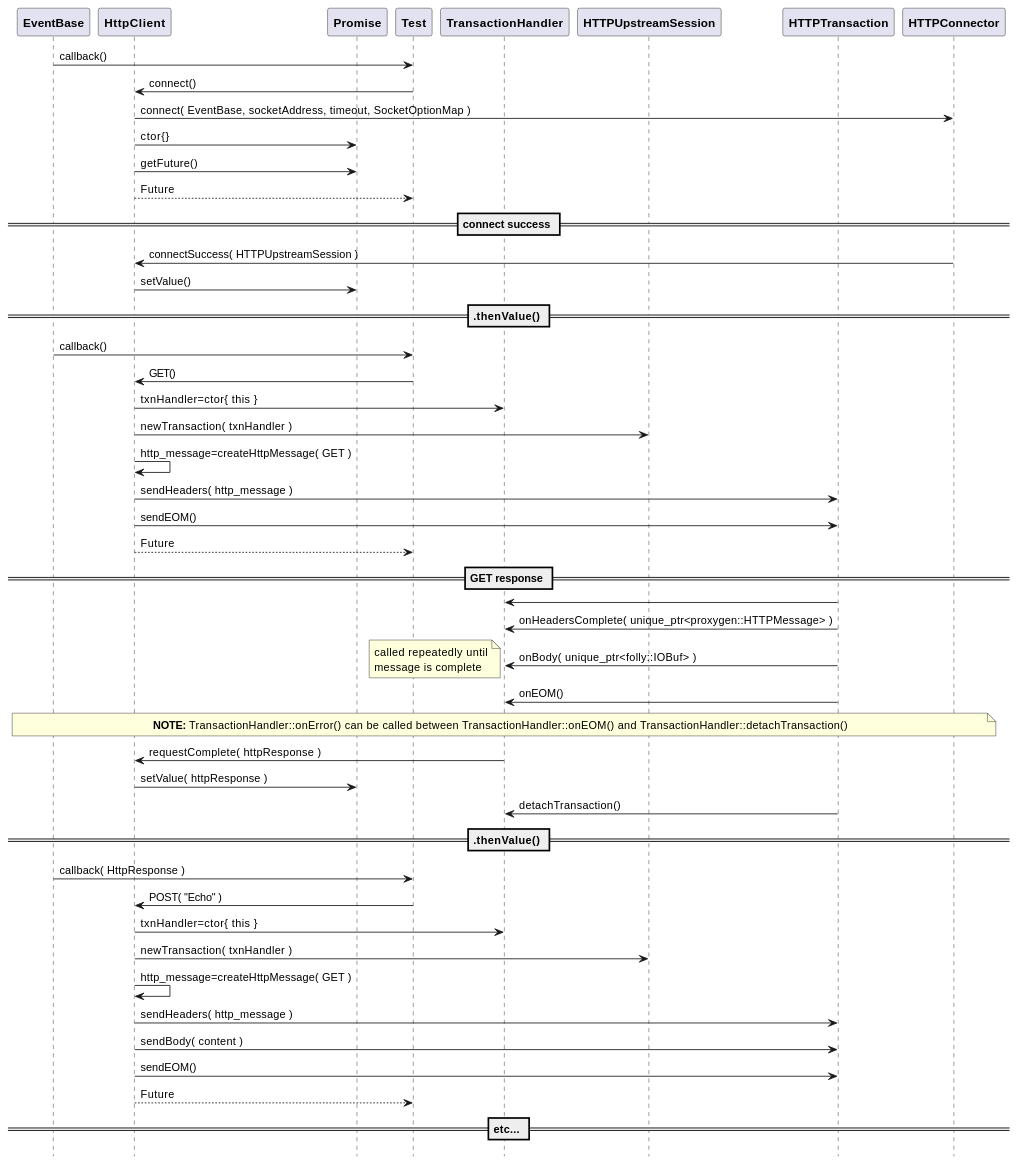
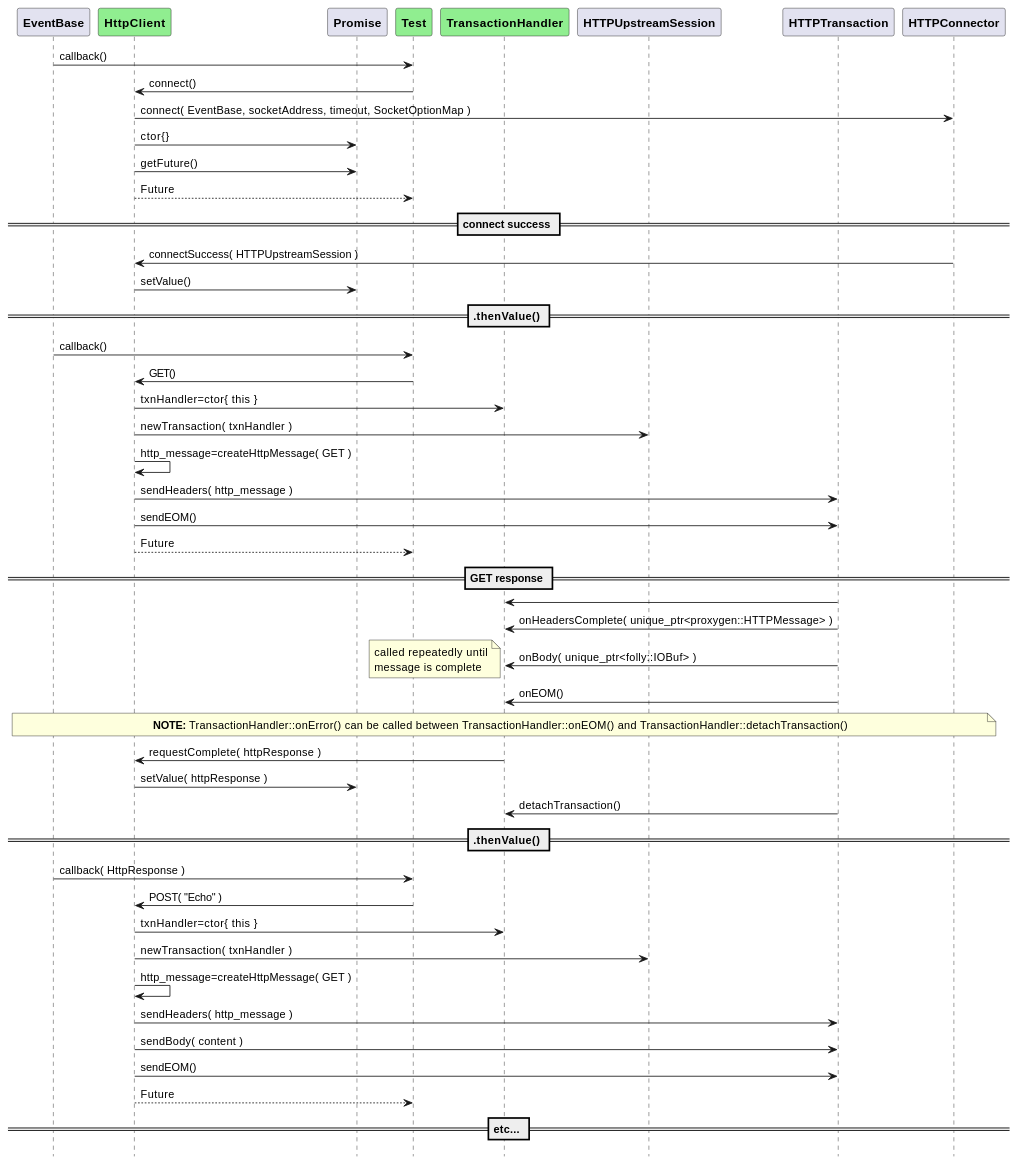
One commit to patrickhallinan/hello-proxygen changed the second of 2 diagrams in doc/test.adoc. Above: the diagram before and after it, drawn with PlantUML. The commit also changed other lines of this file and 8 other files, not shown here.

```diff
--- a/doc/test.adoc
+++ b/doc/test.adoc
@@ -64,77 +64,77 @@
 [plantuml, "test-seq.puml", svg]
 ----
 hide footbox
 
 participant "**EventBase**" as EventBase
-participant "**HttpClient**" as HttpClient
+participant "**HttpClient**" as HttpClient  #LightGreen
 participant "**Promise**" as Promise
-participant "**Test**" as test
-participant "**TransactionHandler**" as TransactionHandler
+participant "**Test**" as test  #LightGreen
+participant "**TransactionHandler**" as TransactionHandler  #LightGreen
 participant "**HTTPUpstreamSession**" as HTTPUpstreamSession
 participant "**HTTPTransaction**" as HTTPTransaction
 participant "**HTTPConnector**" as HTTPConnector
 
 
 EventBase -> test : callback()
 test -> HttpClient : connect()
 
 HttpClient -> HTTPConnector : connect( EventBase, socketAddress, timeout, SocketOptionMap )
 HttpClient -> Promise : ctor{}
 HttpClient -> Promise : getFuture()
 HttpClient --> test : Future
 
 == connect success ==
 
 HTTPConnector -> HttpClient : connectSuccess( HTTPUpstreamSession )
 HttpClient -> Promise : setValue()
 
 == .thenValue() ==
 
 EventBase -> test : callback()
 test -> HttpClient : GET()
 HttpClient -> TransactionHandler : txnHandler=ctor{ this }
 HttpClient -> HTTPUpstreamSession : newTransaction( txnHandler )
 HttpClient -> HttpClient : http_message=createHttpMessage( GET )
 HttpClient -> HTTPTransaction : sendHeaders( http_message )
 HttpClient -> HTTPTransaction : sendEOM()
 
 HttpClient --> test : Future
 
 == GET response ==
 
 HTTPTransaction -> TransactionHandler : 
 
 HTTPTransaction -> TransactionHandler : onHeadersComplete( unique_ptr<proxygen::HTTPMessage> )
 
 HTTPTransaction -> TransactionHandler : onBody( unique_ptr<folly::IOBuf> )
 note left
     called repeatedly until
     message is complete
 end note
 
 HTTPTransaction -> TransactionHandler : onEOM()
 note across
     **NOTE:** TransactionHandler::onError() can be called between TransactionHandler::onEOM() and TransactionHandler::detachTransaction()
 end note
 
 TransactionHandler -> HttpClient : requestComplete( httpResponse )
 HttpClient -> Promise : setValue( httpResponse )
 
 HTTPTransaction -> TransactionHandler : detachTransaction()
 
 == .thenValue() ==
 
 EventBase -> test : callback( HttpResponse )
 
 test -> HttpClient : POST( "Echo" )
 HttpClient -> TransactionHandler : txnHandler=ctor{ this }
 HttpClient -> HTTPUpstreamSession : newTransaction( txnHandler )
 HttpClient -> HttpClient : http_message=createHttpMessage( GET )
 HttpClient -> HTTPTransaction : sendHeaders( http_message )
 HttpClient -> HTTPTransaction : sendBody( content )
 HttpClient -> HTTPTransaction : sendEOM()
 
 HttpClient --> test : Future
 
 == etc... ==
 ----
```
